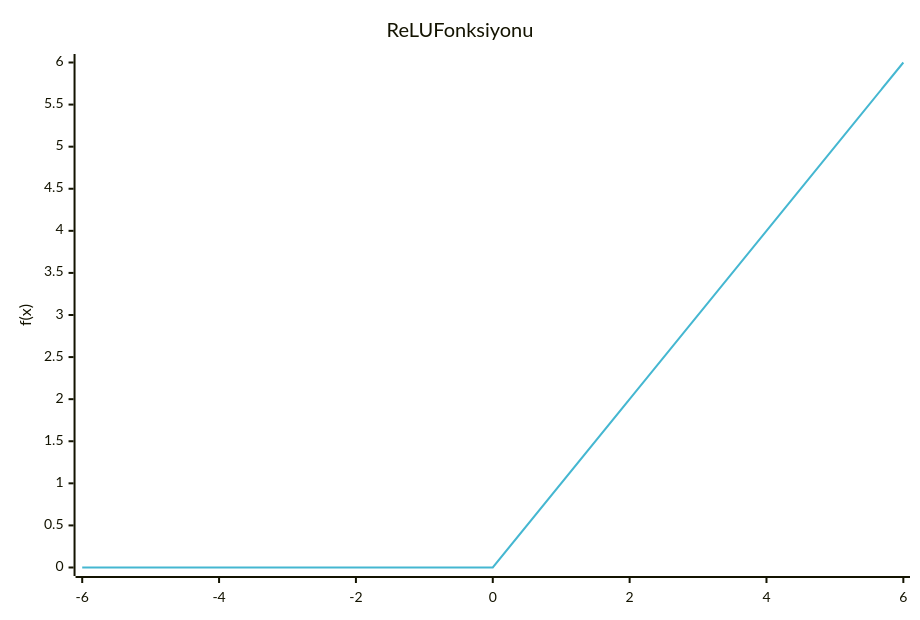
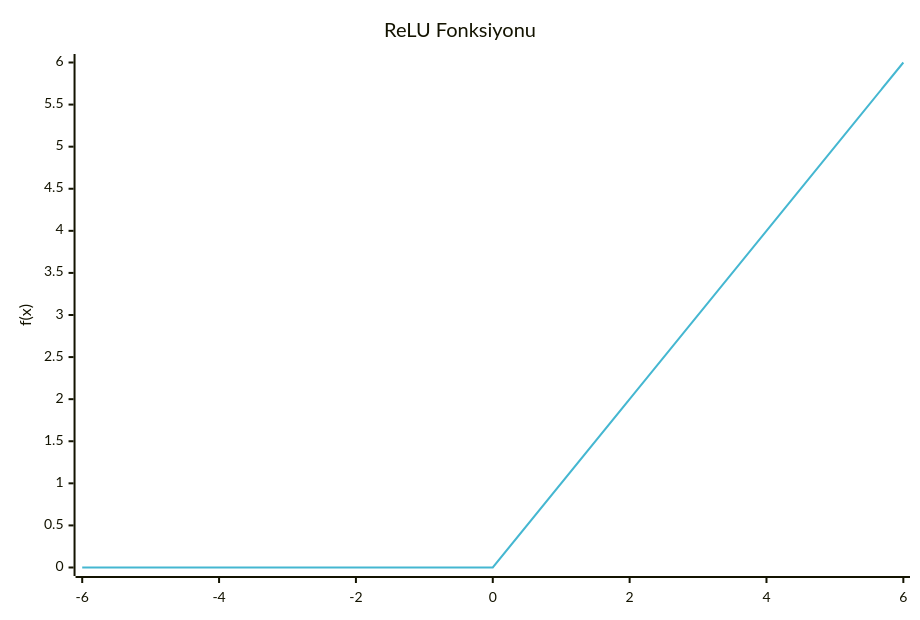
One commit to ilkerturan/ilkerturan.github.io changed the fourth of 11 diagrams in dl/02-aktivasyon-fonksiyonlari.md. Above: the diagram before and after it, drawn with Mermaid. The commit also changed other lines of this file, not shown here.

Commit message:
fix: enclose xychart-beta titles in quotes to resolve mermaid syntax error

````diff
--- a/dl/02-aktivasyon-fonksiyonlari.md
+++ b/dl/02-aktivasyon-fonksiyonlari.md
@@ -164,16 +164,16 @@
 ```mermaid
 ---
 config:
     xyChart:
         width: 900
         height: 600
     themeVariables:
         xyChart:
             plotColorPalette: "#45B7D1"
 ---
 xychart-beta
-    title ReLU Fonksiyonu
+    title "ReLU Fonksiyonu"
     x-axis [-6, -4, -2, 0, 2, 4, 6]
     y-axis "f(x)" 0 --> 6
     line [0, 0, 0, 0, 2, 4, 6]
 ```
````
